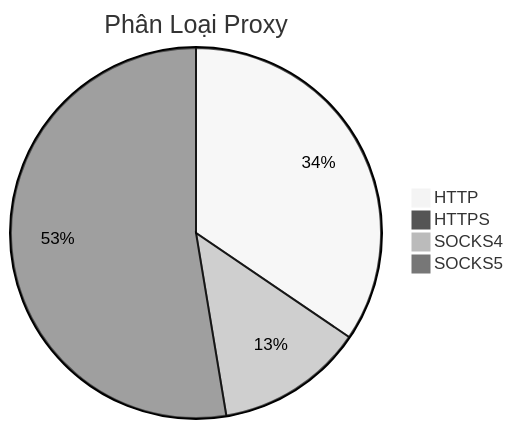
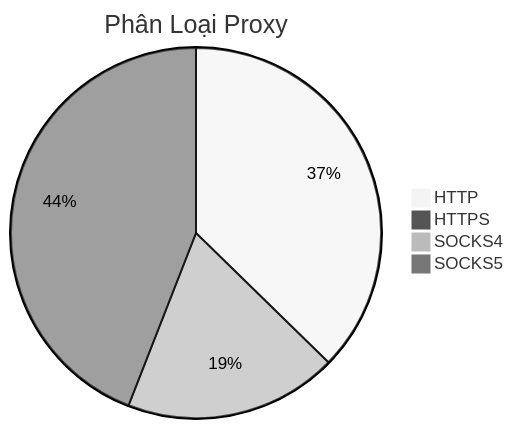
Before and after one commit to Ciara-Aa/PROXY-free: the diagram in README.md, drawn with Mermaid (neutral theme). The commit also changed other lines of this file and 4 other files, not shown here.

````diff
--- a/README.md
+++ b/README.md
@@ -26,7 +26,7 @@
 ```mermaid
 pie title Phân Loại Proxy
-    "HTTP" : 718
-    "HTTPS" : 2
-    "SOCKS4" : 268
-    "SOCKS5" : 1095
+    "HTTP" : 503
+    "HTTPS" : 6
+    "SOCKS4" : 251
+    "SOCKS5" : 594
 ```
````
